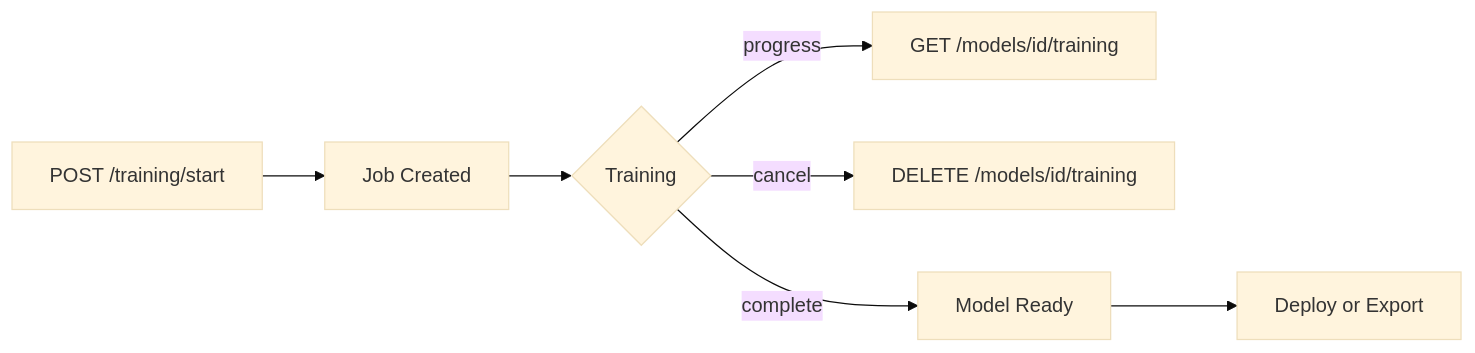
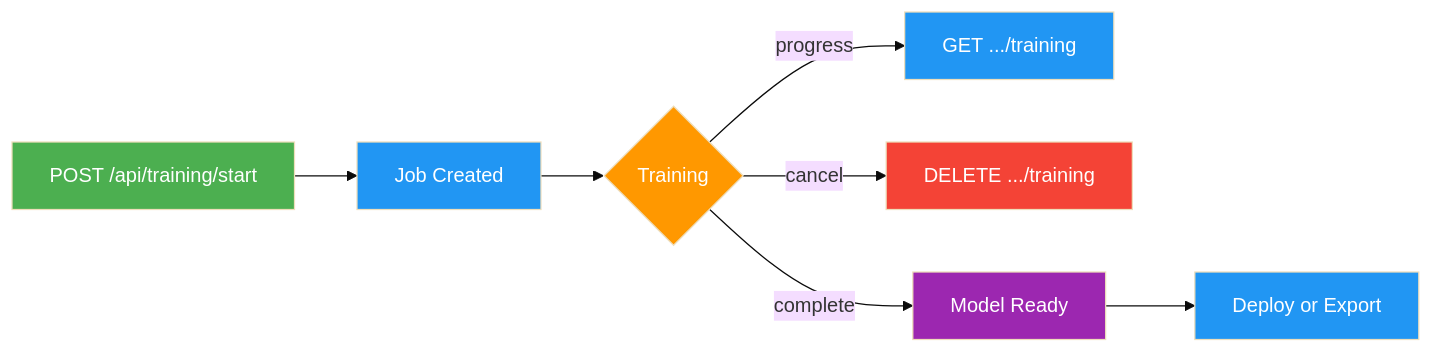
Before and after one commit to KATe-AGI/Embodied_VG: the third of 4 diagrams in ultralytics/docs/en/platform/api/index.md, drawn with Mermaid (base theme). The commit also changed other lines of this file and 980 other files, not shown here.

````diff
--- a/ultralytics/docs/en/platform/api/index.md
+++ b/ultralytics/docs/en/platform/api/index.md
@@ -895,9 +1481,15 @@
 ```mermaid
 graph LR
-    A[POST /training/start] --> B[Job Created]
-    B --> C{Training}
-    C -->|progress| D[GET /models/id/training]
-    C -->|cancel| E[DELETE /models/id/training]
-    C -->|complete| F[Model Ready]
-    F --> G[Deploy or Export]
+    A[POST /api/training/start]:::start --> B[Job Created]:::proc
+    B --> C{Training}:::decide
+    C -->|progress| D[GET .../training]:::proc
+    C -->|cancel| E[DELETE .../training]:::error
+    C -->|complete| F[Model Ready]:::out
+    F --> G[Deploy or Export]:::proc
+
+    classDef start fill:#4CAF50,color:#fff
+    classDef proc fill:#2196F3,color:#fff
+    classDef decide fill:#FF9800,color:#fff
+    classDef out fill:#9C27B0,color:#fff
+    classDef error fill:#F44336,color:#fff
 ```
````
